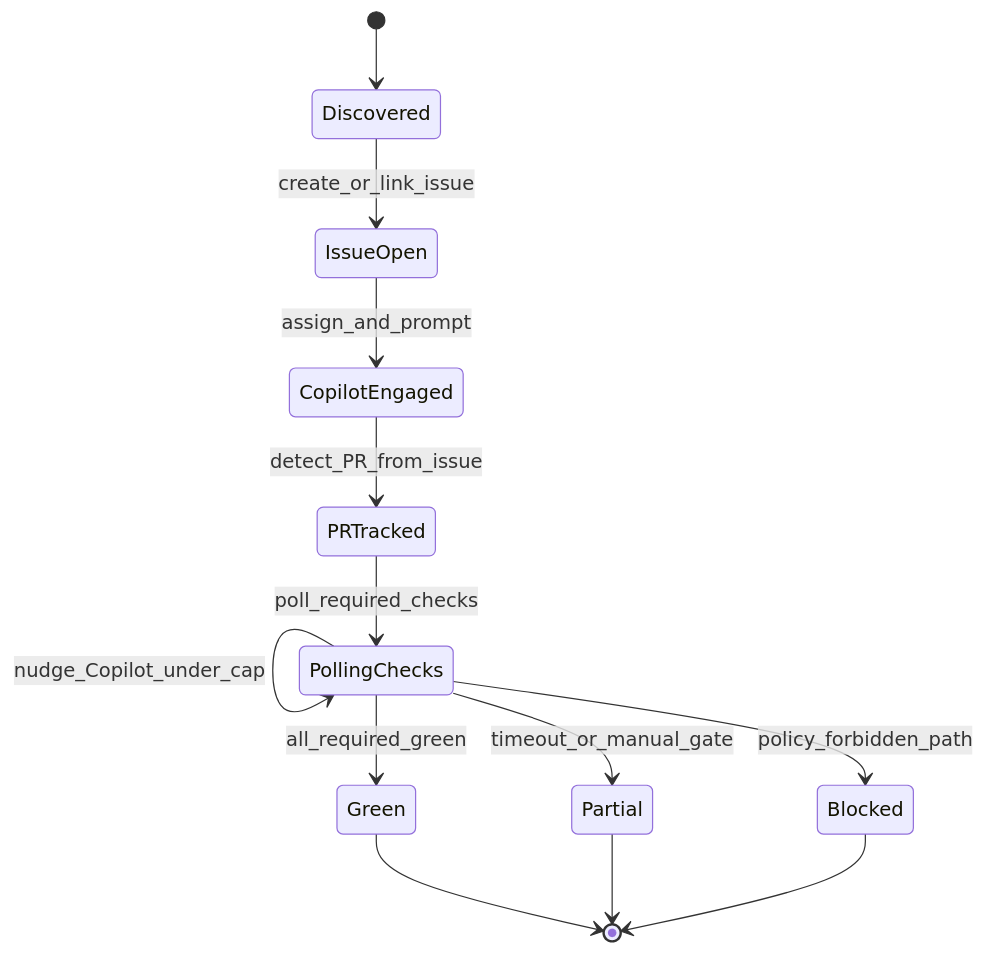
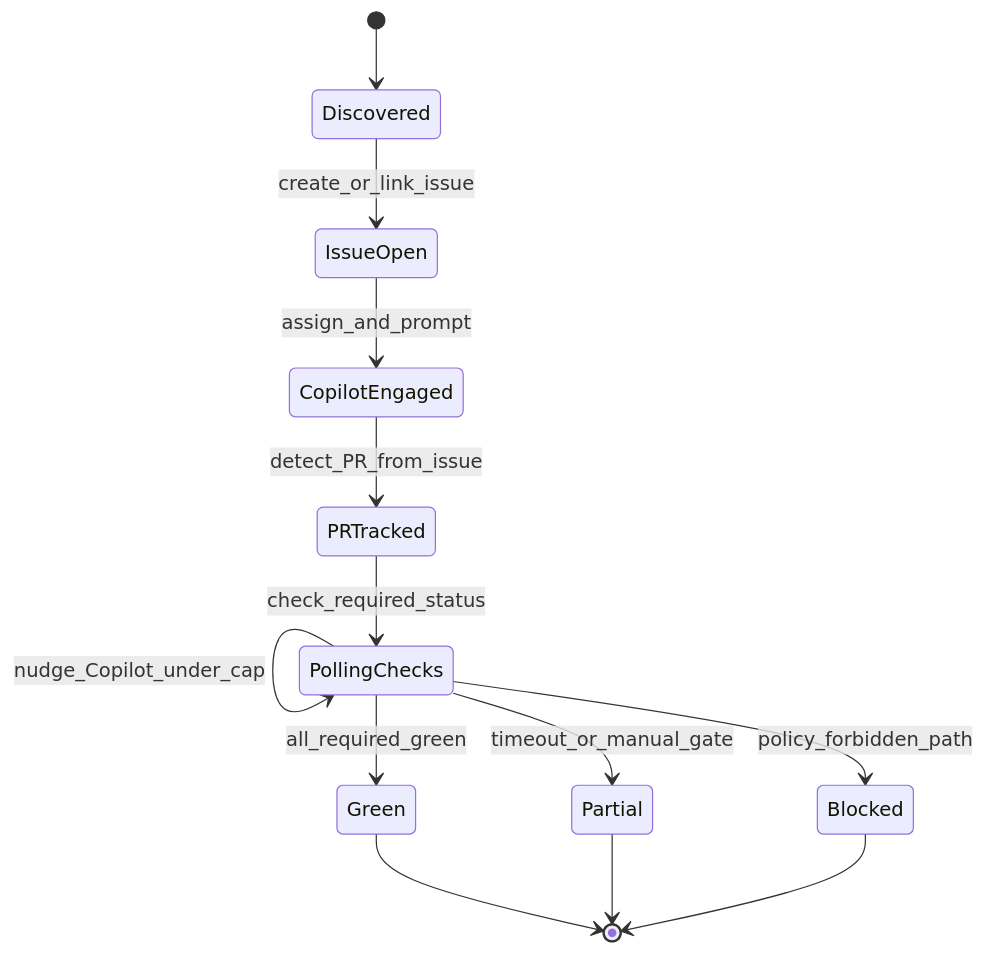
One commit to yu-iskw/github-secops-agent changed the fifth of 5 diagrams in docs/product_design.md. Above: the diagram before and after it, drawn with Mermaid. The commit also changed other lines of this file and 30 other files, not shown here.

````diff
--- a/docs/product_design.md
+++ b/docs/product_design.md
@@ -199,15 +227,15 @@
 ```mermaid
 stateDiagram-v2
   [*] --> Discovered
   Discovered --> IssueOpen: create_or_link_issue
   IssueOpen --> CopilotEngaged: assign_and_prompt
   CopilotEngaged --> PRTracked: detect_PR_from_issue
-  PRTracked --> PollingChecks: poll_required_checks
+  PRTracked --> PollingChecks: check_required_status
   PollingChecks --> PollingChecks: nudge_Copilot_under_cap
   PollingChecks --> Green: all_required_green
   PollingChecks --> Partial: timeout_or_manual_gate
   PollingChecks --> Blocked: policy_forbidden_path
   Green --> [*]
   Partial --> [*]
   Blocked --> [*]
 ```
````
